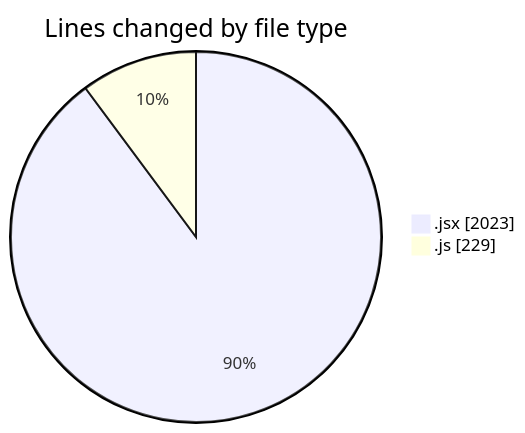
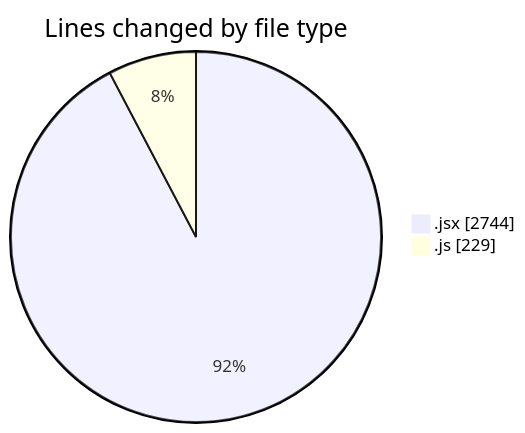
The first of 2 diagrams in 2025-12-30/nxtqube_webapp/README.md (nxtqubesakshisongat/code-tracking), drawn with Mermaid before and after one commit. The commit also changed other lines of this file and 1 other file, not shown here.

````diff
--- a/2025-12-30/nxtqube_webapp/README.md
+++ b/2025-12-30/nxtqube_webapp/README.md
@@ -23,6 +24,6 @@
 ```mermaid
 pie showData
 title Lines changed by file type
-".jsx" : 2023
+".jsx" : 2744
 ".js" : 229
 ```
````
